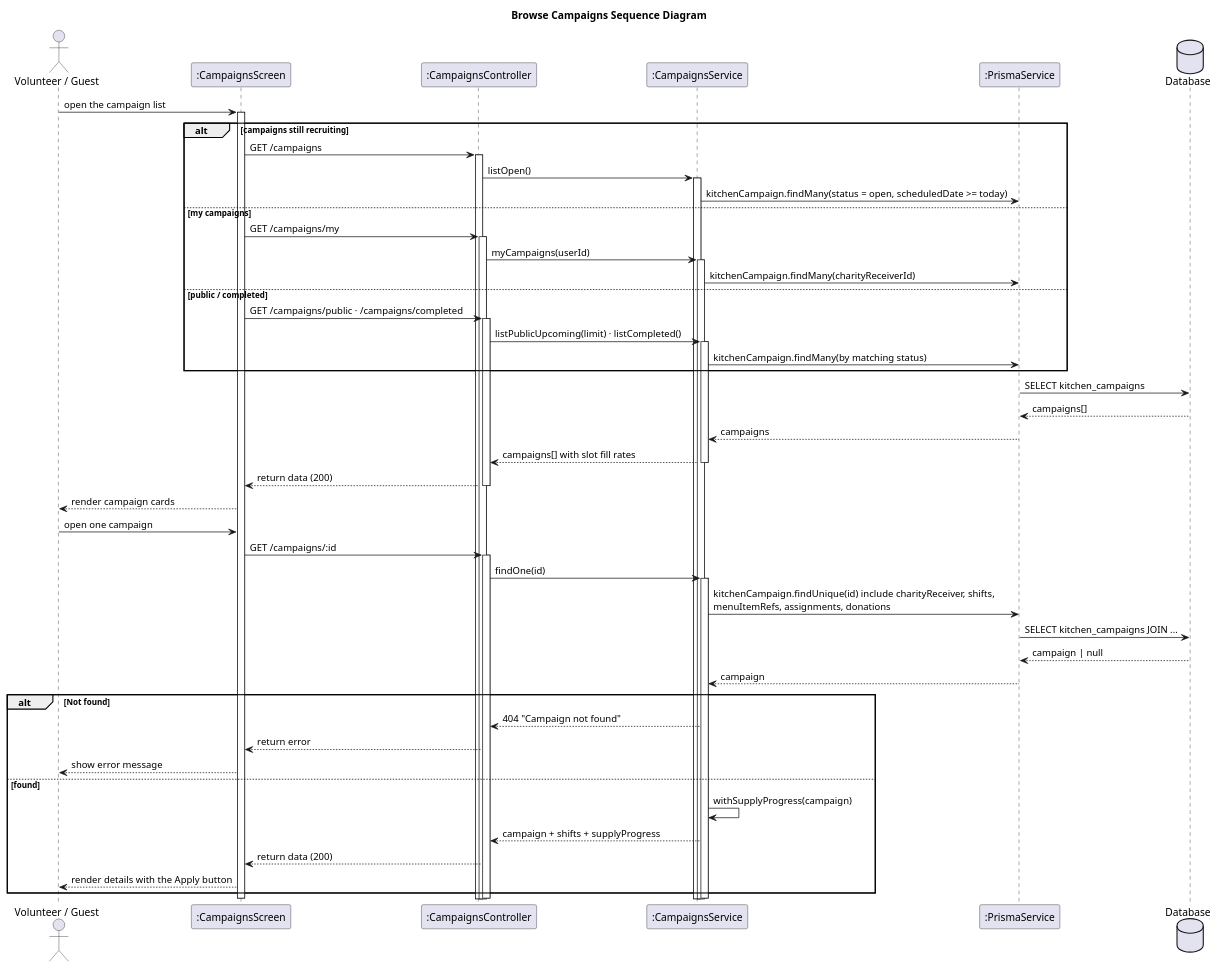
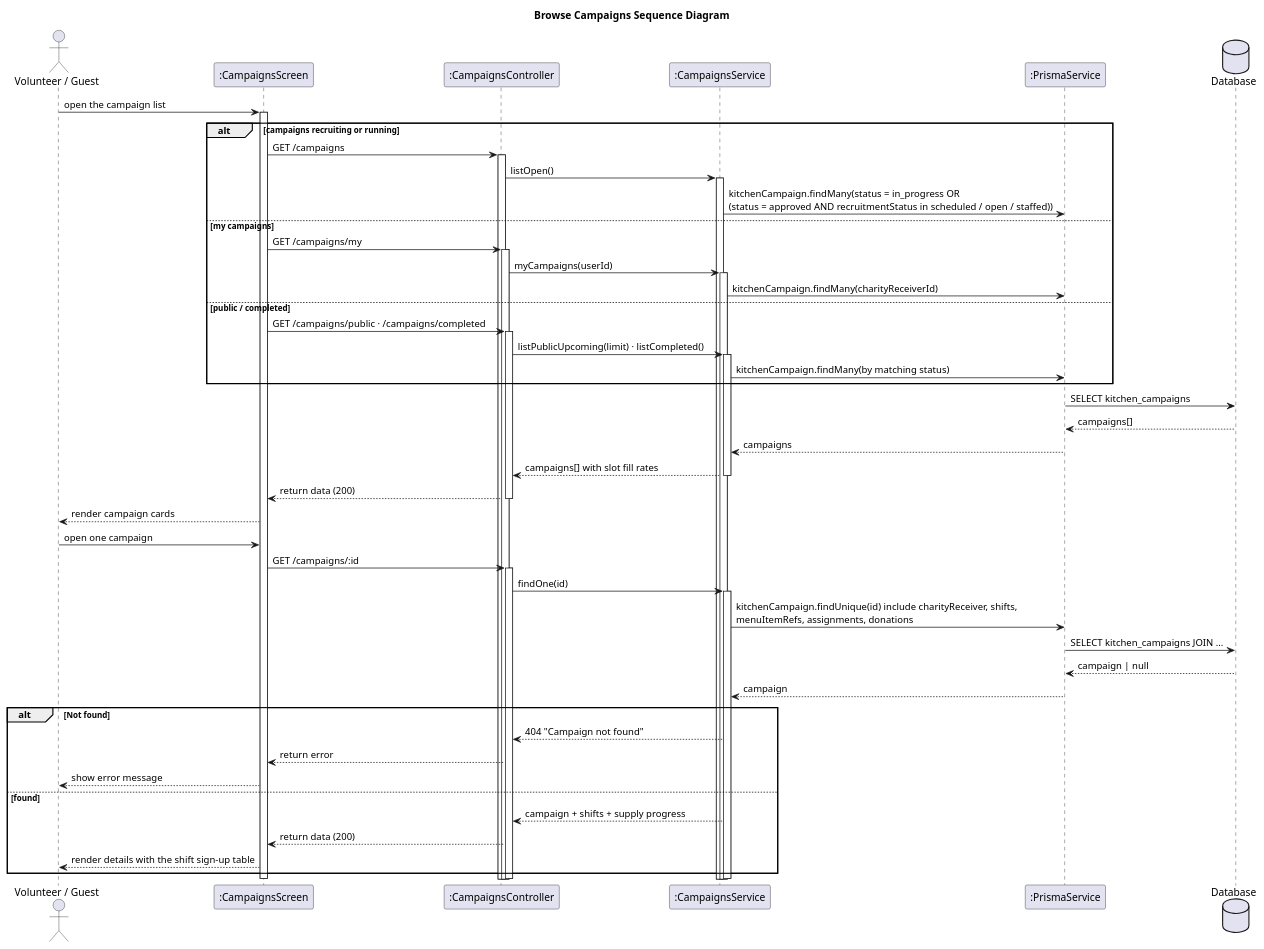
The second of 14 diagrams in docs/diagrams/seq-campaign.puml (trimikey/Capstone_FoodResQ_Web), drawn with PlantUML before and after one commit. The commit also changed other lines of this file and 23 other files, not shown here.

First line of the commit message:
docs(diagrams): cap nhat sequence + class diagram theo code hien tai, bo chu thich

```diff
--- a/docs/diagrams/seq-campaign.puml
+++ b/docs/diagrams/seq-campaign.puml
@@ -73,63 +71,62 @@
 @startuml seq-campaign-browse
 title Browse Campaigns Sequence Diagram
 
 actor "Volunteer / Guest" as User
 participant ":CampaignsScreen" as Screen
 participant ":CampaignsController" as Ctrl
 participant ":CampaignsService" as Svc
 participant ":PrismaService" as Repo
 database "Database" as DB
 
 User -> Screen : open the campaign list
 activate Screen
-alt campaigns still recruiting
+alt campaigns recruiting or running
   Screen -> Ctrl : GET /campaigns
   activate Ctrl
   Ctrl -> Svc : listOpen()
   activate Svc
-  Svc -> Repo : kitchenCampaign.findMany(status = open, scheduledDate >= today)
+  Svc -> Repo : kitchenCampaign.findMany(status = in_progress OR\n(status = approved AND recruitmentStatus in scheduled / open / staffed))
 else my campaigns
   Screen -> Ctrl : GET /campaigns/my
   activate Ctrl
   Ctrl -> Svc : myCampaigns(userId)
   activate Svc
   Svc -> Repo : kitchenCampaign.findMany(charityReceiverId)
 else public / completed
   Screen -> Ctrl : GET /campaigns/public · /campaigns/completed
   activate Ctrl
   Ctrl -> Svc : listPublicUpcoming(limit) · listCompleted()
   activate Svc
   Svc -> Repo : kitchenCampaign.findMany(by matching status)
 end
 Repo -> DB : SELECT kitchen_campaigns
 DB --> Repo : campaigns[]
 Repo --> Svc : campaigns
 Svc --> Ctrl : campaigns[] with slot fill rates
 deactivate Svc
 Ctrl --> Screen : return data (200)
 deactivate Ctrl
 Screen --> User : render campaign cards
 
 User -> Screen : open one campaign
 Screen -> Ctrl : GET /campaigns/:id
 activate Ctrl
 Ctrl -> Svc : findOne(id)
 activate Svc
 Svc -> Repo : kitchenCampaign.findUnique(id) include charityReceiver, shifts,\nmenuItemRefs, assignments, donations
 Repo -> DB : SELECT kitchen_campaigns JOIN ...
 DB --> Repo : campaign | null
 Repo --> Svc : campaign
 alt Not found
   Svc --> Ctrl : 404 "Campaign not found"
   Ctrl --> Screen : return error
   Screen --> User : show error message
 else found
-  Svc -> Svc : withSupplyProgress(campaign)
-  Svc --> Ctrl : campaign + shifts + supplyProgress
+  Svc --> Ctrl : campaign + shifts + supply progress
   Ctrl --> Screen : return data (200)
-  Screen --> User : render details with the Apply button
+  Screen --> User : render details with the shift sign-up table
 end
 deactivate Svc
 deactivate Ctrl
 deactivate Screen
 @enduml
```
